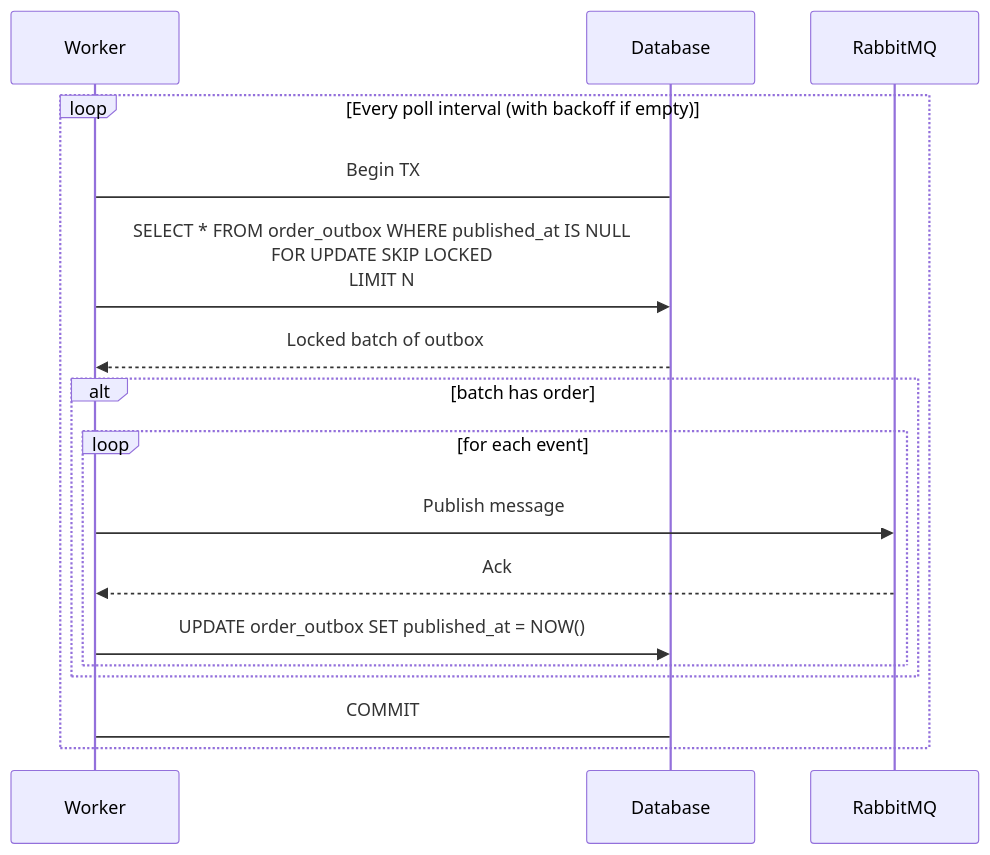
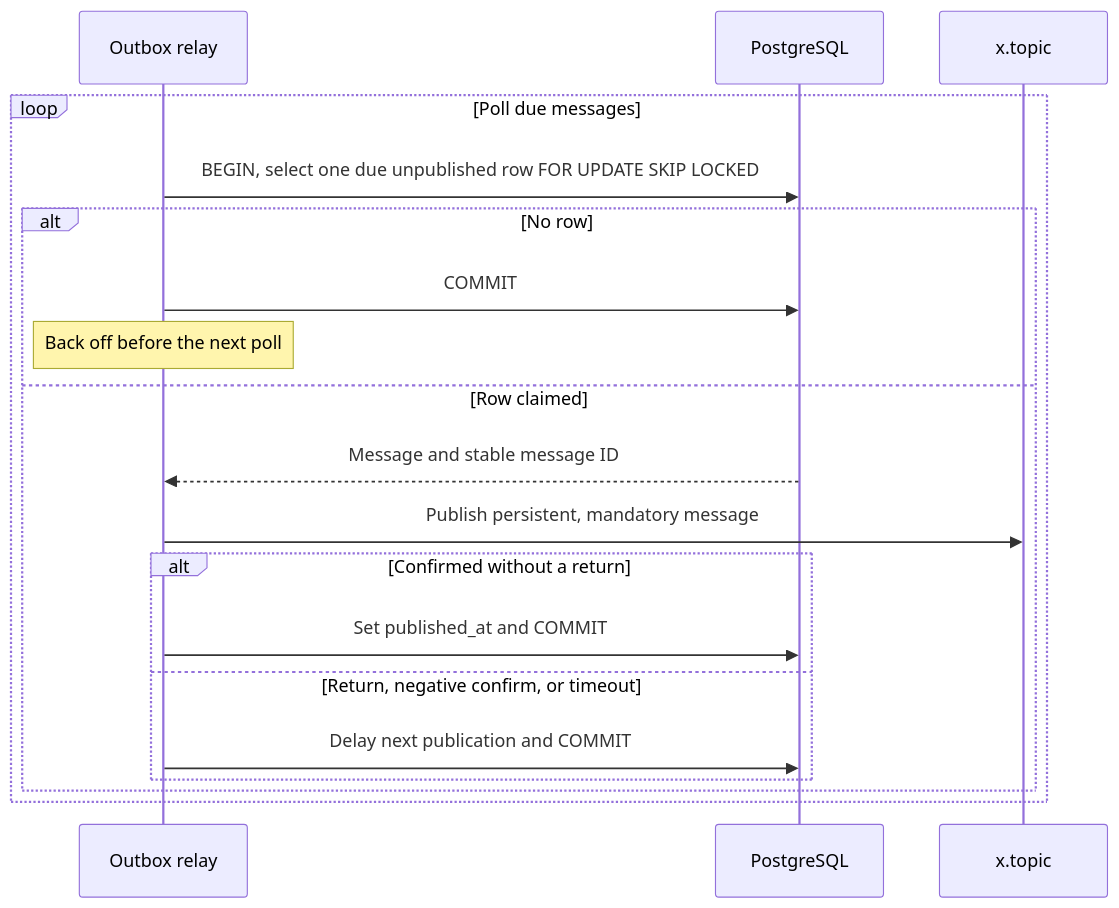
One commit to dinno7/distributed-ecommerce changed the second of 2 diagrams in docs/diagrams/create_order.md. Above: the diagram before and after it, drawn with Mermaid. The commit also changed other lines of this file, not shown here.

Commit message:
docs: update create order seq diagram

````diff
--- a/docs/diagrams/create_order.md
+++ b/docs/diagrams/create_order.md
@@ -43,22 +47,22 @@
 ```mermaid
 sequenceDiagram
-participant W as Worker
-participant DB as Database
-participant RQ as RabbitMQ
-loop Every poll interval (with backoff if empty)
-    W->DB: Begin TX
-    W->>DB: SELECT * FROM order_outbox WHERE published_at IS NULL<br/>FOR UPDATE SKIP LOCKED<br/>LIMIT N
-    DB-->>W: Locked batch of outbox
+    participant Relay as Outbox relay
+    participant DB as PostgreSQL
+    participant Topic as x.topic
 
-    alt batch has order
-        loop for each event
-            W->>RQ: Publish message
-            RQ-->>W: Ack
-            W->>DB: UPDATE order_outbox SET published_at = NOW()
+    loop Poll due messages
+        Relay->>DB: BEGIN, select one due unpublished row FOR UPDATE SKIP LOCKED
+        alt No row
+            Relay->>DB: COMMIT
+            Note over Relay: Back off before the next poll
+        else Row claimed
+            DB-->>Relay: Message and stable message ID
+            Relay->>Topic: Publish persistent, mandatory message
+            alt Confirmed without a return
+                Relay->>DB: Set published_at and COMMIT
+            else Return, negative confirm, or timeout
+                Relay->>DB: Delay next publication and COMMIT
+            end
         end
     end
-    W->DB: COMMIT
-end
-
-
 ```
````
